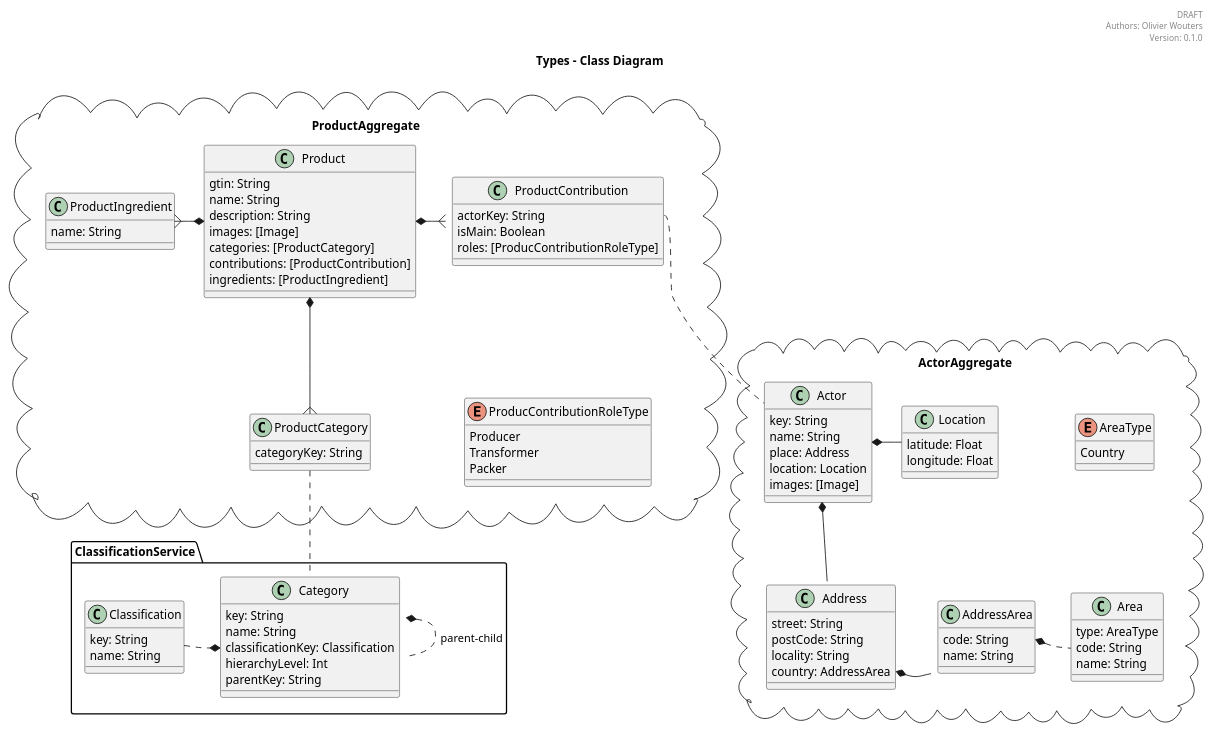
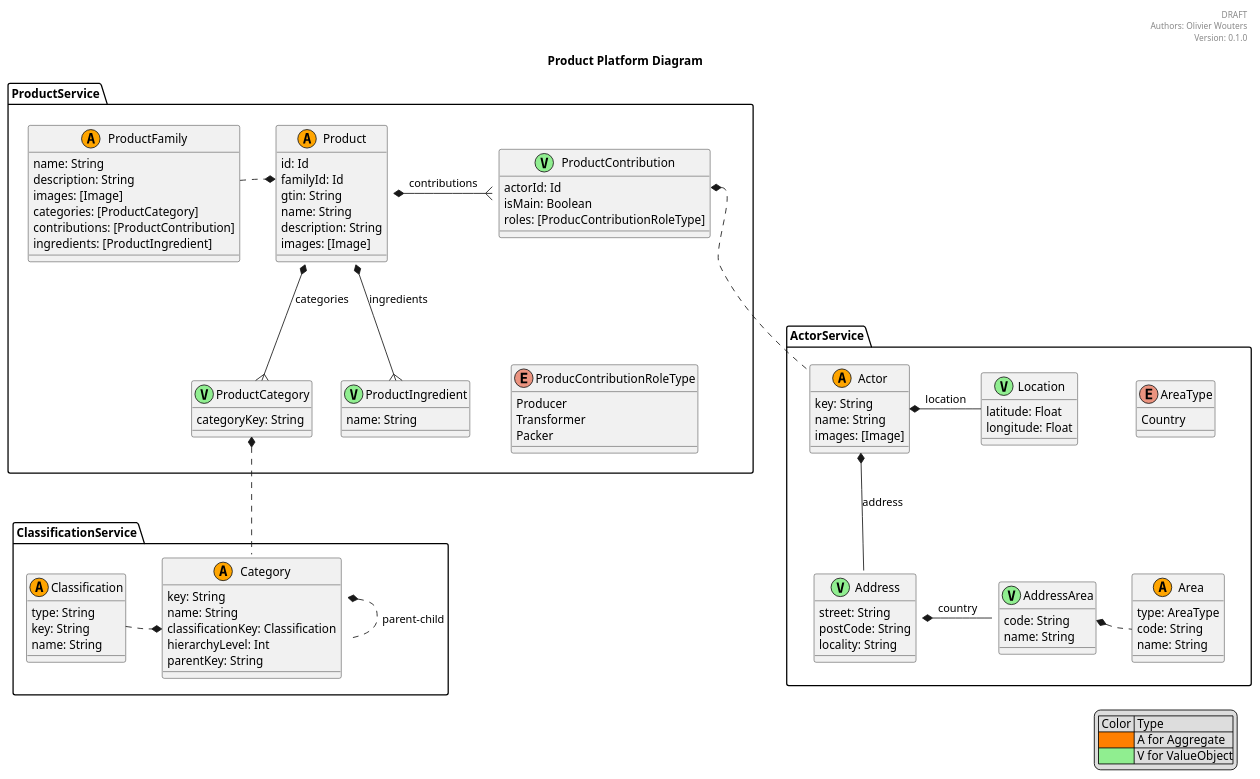
One commit to digicirco/short-supply-chains-model changed the diagram in class-test-puml.puml. Above: the diagram before and after it, drawn with PlantUML.

```diff
--- a/class-test-puml.puml
+++ b/class-test-puml.puml
@@ -1,124 +1,137 @@
 @startuml
 
 header
 DRAFT
 Authors: Olivier Wouters
 Version: 0.1.0
 endheader
 
-title Types - Class Diagram
+legend right
+    | Color | Type |
+    |<#ff7f00>| A for Aggregate|
+    |<#90ee90>| V for ValueObject|
+endlegend
 
-package ProductAggregate <<Cloud>> {
+title Product Platform Diagram
 
-  class Product {
-      gtin: String
-      name: String
-      description: String
-      images: [Image]
-      categories: [ProductCategory]
-      contributions: [ProductContribution]
-      ingredients: [ProductIngredient]
+package ProductService {
+
+  class Product << (A,orange) >> {
+    id: Id
+    familyId: Id
+    gtin: String
+    name: String
+    description: String
+    images: [Image]
   }
   
-  Product *-right-{ ProductContribution
-  Product *-down-{ ProductCategory
-  Product *-left-{ ProductIngredient
+  Product *-right-{ ProductContribution : contributions
+  Product *-down-{ ProductCategory :  categories
+  Product::familyId *.left. ProductFamily
+  Product *--{ ProductIngredient : ingredients
   
-  class ProductContribution {
-      actorKey: String
+  class ProductContribution << (V,lightgreen) >> {
+      actorId: Id
       isMain: Boolean
       roles: [ProducContributionRoleType]
   }
   
   ProductContribution -down[hidden]- ProducContributionRoleType
   
   enum ProducContributionRoleType {
     Producer
     Transformer
     Packer
   }
   
-  class ProductCategory {
+  class ProductCategory << (V,lightgreen) >> {
     categoryKey: String
   }
   
-  class ProductIngredient {
+  class ProductIngredient << (V,lightgreen) >> {
       name: String
+  }
+  
+  class ProductFamily << (A,orange) >> {
+    name: String
+    description: String
+    images: [Image]
+    categories: [ProductCategory]
+    contributions: [ProductContribution]
+    ingredients: [ProductIngredient]
   }
 }
 
-ProductAggregate -right[hidden]- ActorAggregate
+ProductService -right[hidden]- ActorService
 
-package ActorAggregate <<Cloud>> {
+package ActorService {
 
-  ProductContribution::actorKey .. Actor
+  ProductContribution::actorId *.. Actor
 
-  class Actor {
+  class Actor << (A,orange) >> {
     key: String
     name: String
-    place: Address
-    location: Location
     images: [Image]
   }
   
-  Actor *-down- Address
-  Actor *-right- Location
+  Actor *-down- Address : address
+  Actor *-right- Location : location
   
-  class Address {
+  class Address << (V,lightgreen) >> {
     street: String
     postCode: String
     locality: String
-    country: AddressArea
   }
   
-  Address::country *-right- AddressArea
+  Address::country *-right- AddressArea : country
   
-  class AddressArea {
+  class AddressArea << (V,lightgreen) >> {
     code: String
     name: String
   }
   
   AddressArea::code *.right. Area
   
-  class Area {
+  class Area << (A,orange) >> {
     type: AreaType
     code: String
     name: String
   }
   
   Area .up[hidden]. AreaType
   
   enum AreaType {
       Country
   }
   
-  class Location {
+  class Location << (V,lightgreen) >> {
       latitude: Float
       longitude: Float
   }
 
 }
 
 
 package ClassificationService {
 
-  ProductCategory .down. Category
+  ProductCategory *.down. Category
   
-  class Classification {
+  class Classification << (A,orange) >> {
+    type: String
     key: String
     name: String
   }
   
   Category::classificationKey *.left. Classification
   Category *.right. Category : parent-child
   
-  class Category {
+  class Category << (A,orange) >> {
     key: String
     name: String
     classificationKey: Classification
     hierarchyLevel: Int
     parentKey: String
   }
 }
 
 @enduml
```
